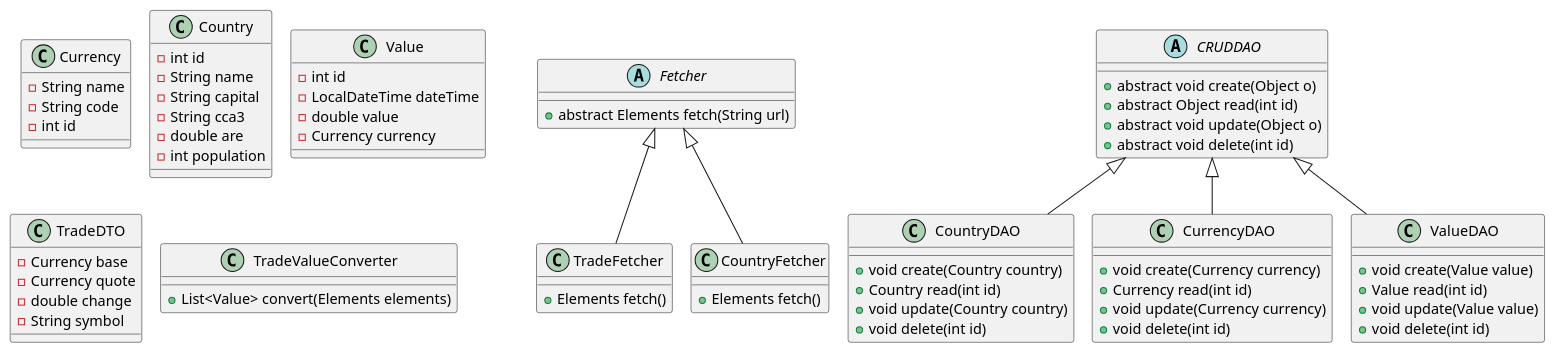
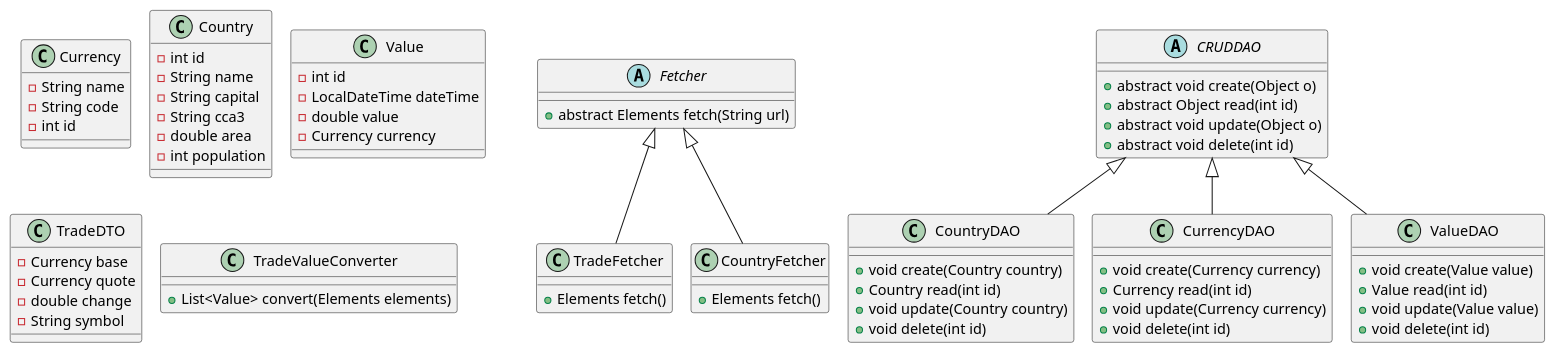
The diagram in Documentation/ClassDiagram.puml (TheRealJackiBoi/java-deepdive-final), drawn with PlantUML before and after one commit.

```diff
--- a/Documentation/ClassDiagram.puml
+++ b/Documentation/ClassDiagram.puml
@@ -1,85 +1,85 @@
 @startuml
 'https://plantuml.com/class-diagram
 !pragma layout smetana
 
 
 class Currency {
     -String name
     -String code
     -int id
 }
 
 class Country {
     -int id
     -String name
     -String capital
     -String cca3
-    -double are
+    -double area
     -int population
 }
 
 class Value {
     -int id
     -LocalDateTime dateTime
     -double value
     -Currency currency
 }
 
 class TradeDTO {
     -Currency base
     -Currency quote
     -double change
     -String symbol
 }
 
 abstract class Fetcher {
     +abstract Elements fetch(String url)
 }
 
 class TradeFetcher extends Fetcher {
 
     +Elements fetch()
 }
 
 class CountryFetcher extends Fetcher {
 
     +Elements fetch()
 }
 
 abstract class CRUDDAO {
     +abstract void create(Object o)
     +abstract Object read(int id)
     +abstract void update(Object o)
     +abstract void delete(int id)
 }
 
 class CountryDAO extends CRUDDAO{
     +void create(Country country)
     +Country read(int id)
     +void update(Country country)
     +void delete(int id)
 }
 
 class CurrencyDAO extends CRUDDAO{
     +void create(Currency currency)
     +Currency read(int id)
     +void update(Currency currency)
     +void delete(int id)
 }
 
 class ValueDAO extends CRUDDAO{
     +void create(Value value)
     +Value read(int id)
     +void update(Value value)
     +void delete(int id)
 }
 
 class TradeValueConverter {
     +List<Value> convert(Elements elements)
 }
 
 
 
 
 
 @enduml
```
